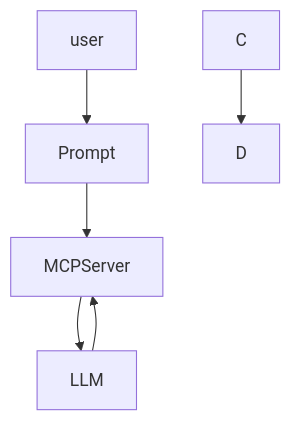
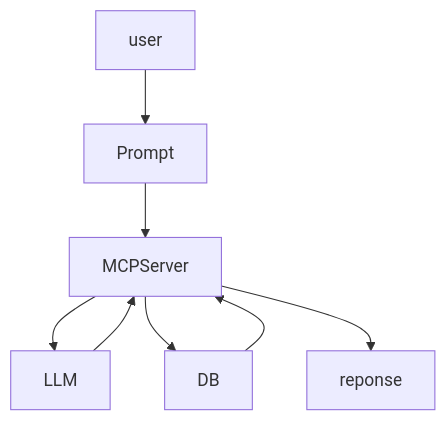
One commit to MaaeYeng2517/MCP-Server-All changed the diagram in README.md. Above: the diagram before and after it, drawn with Mermaid.

````diff
--- a/README.md
+++ b/README.md
@@ -14,8 +14,10 @@
 ```mermaid
 graph TD;
     user-->Prompt;
     MCPServer-->LLM;
-    LLM-->MCPServer
+    MCPServer-->DB;
+    DB-->MCPServer;
+    LLM-->MCPServer;
     Prompt-->MCPServer;
-    C-->D;
+    MCPServer-->reponse;
 ```
````
